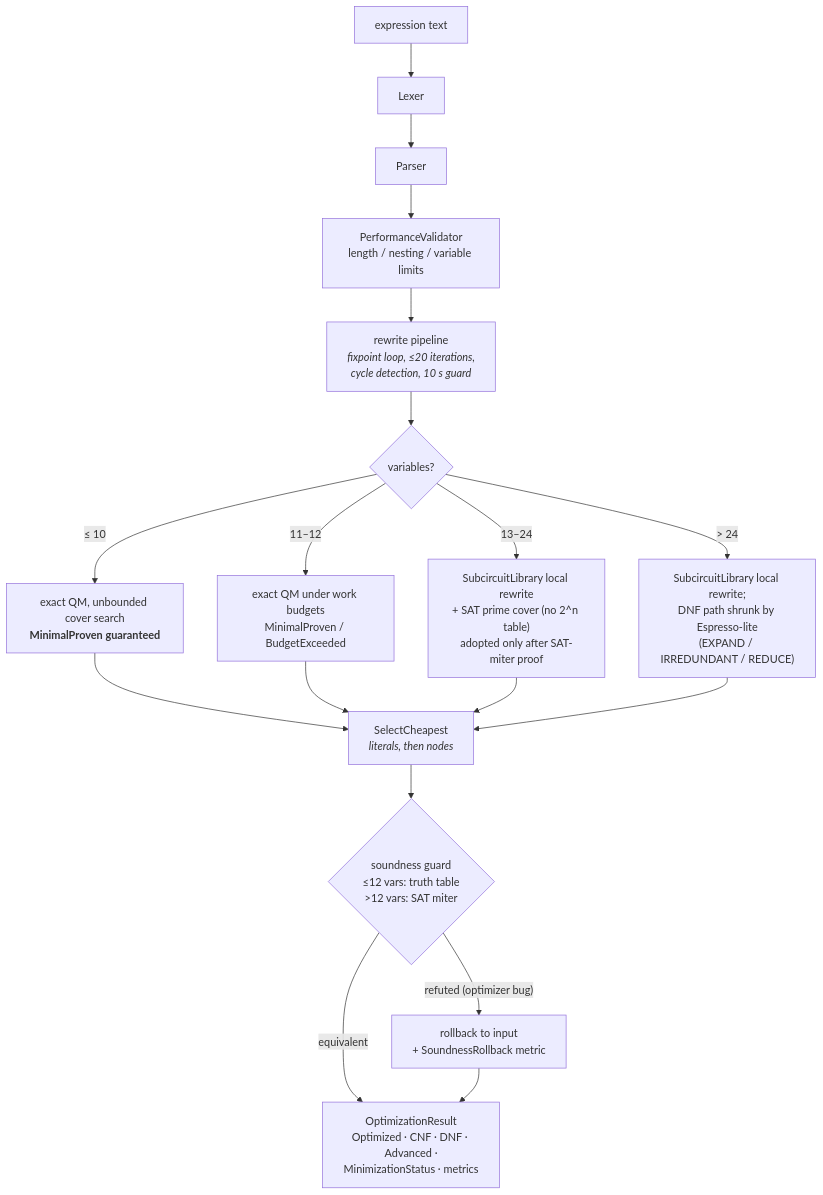
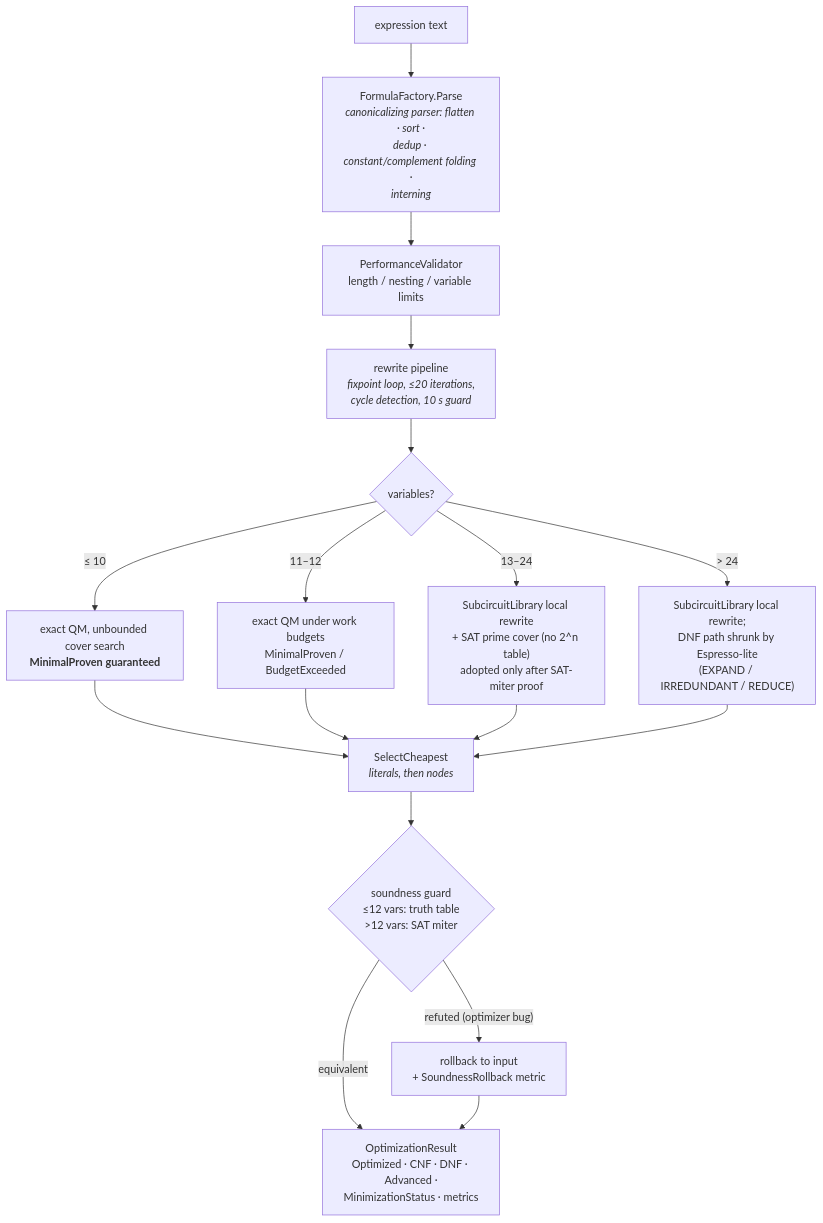
Before and after one commit to AlexanderV/LogicalOptimizer: the second of 4 diagrams in README.md, drawn with Mermaid. The commit also changed other lines of this file and 122 other files, not shown here.

````diff
--- a/README.md
+++ b/README.md
@@ -378,20 +399,20 @@
 ```mermaid
 flowchart TD
-    In["expression text"] --> Lex[Lexer] --> Parse[Parser] --> Val["PerformanceValidator<br/>length / nesting / variable limits"]
+    In["expression text"] --> Parse["FormulaFactory.Parse<br/><i>canonicalizing parser: flatten · sort ·<br/>dedup · constant/complement folding ·<br/>interning</i>"] --> Val["PerformanceValidator<br/>length / nesting / variable limits"]
     Val --> Pipe["rewrite pipeline<br/><i>fixpoint loop, ≤20 iterations,<br/>cycle detection, 10 s guard</i>"]
     Pipe --> Zone{variables?}
 
     Zone -- "≤ 10" --> QMg["exact QM, unbounded cover search<br/><b>MinimalProven guaranteed</b>"]
     Zone -- "11–12" --> QMb["exact QM under work budgets<br/>MinimalProven / BudgetExceeded"]
     Zone -- "13–24" --> SatPath["SubcircuitLibrary local rewrite<br/>+ SAT prime cover (no 2^n table)<br/>adopted only after SAT-miter proof"]
     Zone -- "> 24" --> Esp["SubcircuitLibrary local rewrite;<br/>DNF path shrunk by Espresso-lite<br/>(EXPAND / IRREDUNDANT / REDUCE)"]
 
     QMg --> Sel["SelectCheapest<br/><i>literals, then nodes</i>"]
     QMb --> Sel
     SatPath --> Sel
     Esp --> Sel
 
     Sel --> Guard{"soundness guard<br/>≤12 vars: truth table<br/>>12 vars: SAT miter"}
     Guard -- "equivalent" --> Out["OptimizationResult<br/>Optimized · CNF · DNF · Advanced ·<br/>MinimizationStatus · metrics"]
     Guard -- "refuted (optimizer bug)" --> Roll["rollback to input<br/>+ SoundnessRollback metric"] --> Out
 ```
````
